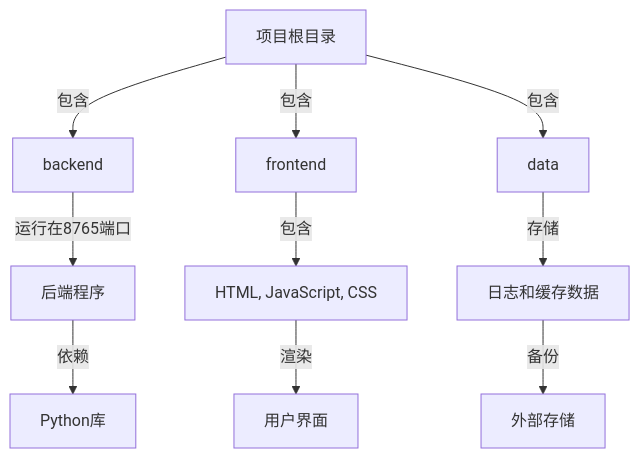
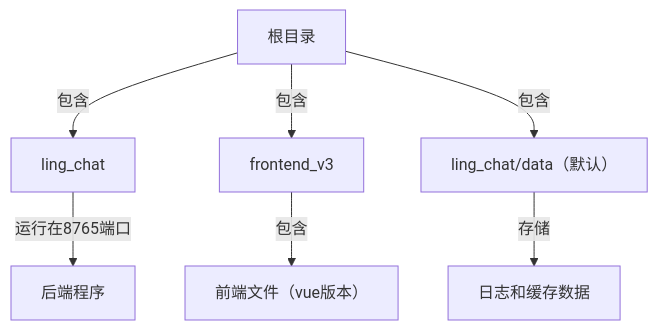
Before and after one commit to foxcyber907/ling-docs: the first of 2 diagrams in docs/develop/project_structure.md, drawn with Mermaid. The commit also changed other lines of this file and 10 other files, not shown here.

````diff
--- a/docs/develop/project_structure.md
+++ b/docs/develop/project_structure.md
@@ -19,12 +19,9 @@
 ```mermaid
 graph TD
-    A[项目根目录] -->|包含| B[backend]
-    A -->|包含| C[frontend]
-    A -->|包含| D[data]
+    A[根目录] -->|包含| B[ling_chat]
     B -->|运行在8765端口| E[后端程序]
-    C -->|包含| F[HTML, JavaScript, CSS]
+    A -->|包含| C[frontend_v3]
+    A -->|包含| D[ling_chat/data（默认）]
+    C -->|包含| F[前端文件（vue版本）]
     D -->|存储| G[日志和缓存数据]
-    E -->|依赖| H[Python库]
-    F -->|渲染| I[用户界面]
-    G -->|备份| J[外部存储]
 ```
````
